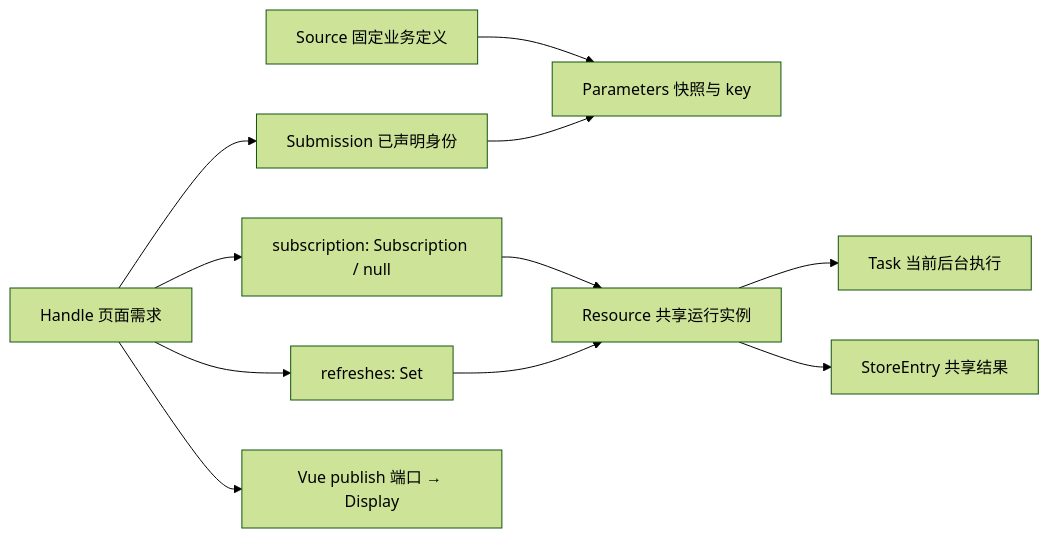
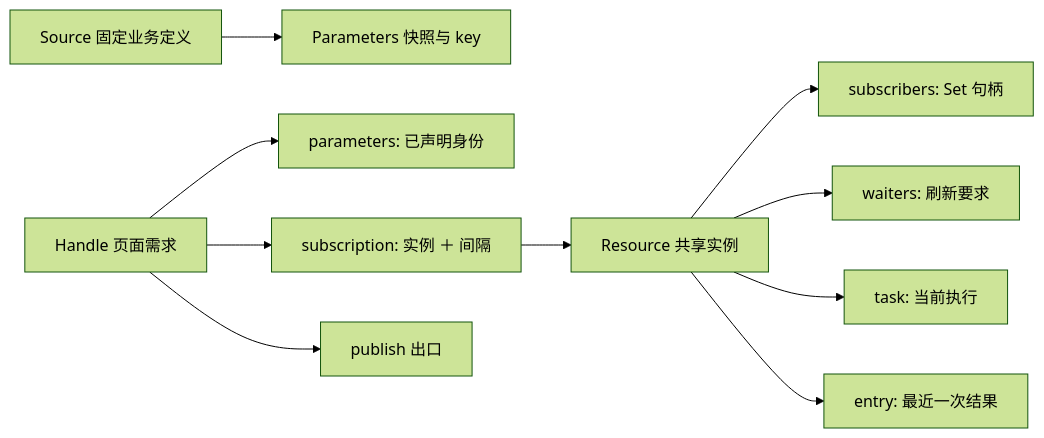
Before and after one commit to anjing0524/vue-refresh: the diagram in DESIGN.md, drawn with Mermaid (forest theme). The commit also changed other lines of this file and 27 other files, not shown here.

````diff
--- a/DESIGN.md
+++ b/DESIGN.md
@@ -94,13 +69,12 @@
 ```mermaid
 flowchart LR
   Source[Source 固定业务定义] --> Parameters[Parameters 快照与 key]
-  Handle[Handle 页面需求] --> Submission[Submission 已声明身份]
-  Submission --> Parameters
-  Handle --> Activity[subscription: Subscription / null]
-  Handle --> Refresh[refreshes: Set<RefreshWaiter>]
-  Activity --> Resource[Resource 共享运行实例]
-  Refresh --> Resource
-  Resource --> Task[Task 当前后台执行]
-  Resource --> Entry[StoreEntry 共享结果]
-  Handle --> Display[Vue publish 端口 → Display]
+  Handle[Handle 页面需求] --> Params[parameters: 已声明身份]
+  Handle --> Sub[subscription: 实例 ＋ 间隔]
+  Handle --> Pub[publish 出口]
+  Sub --> Resource[Resource 共享实例]
+  Resource --> Subs[subscribers: Set 句柄]
+  Resource --> Waiters[waiters: 刷新要求]
+  Resource --> Task[task: 当前执行]
+  Resource --> Entry[entry: 最近一次结果]
 ```
````
